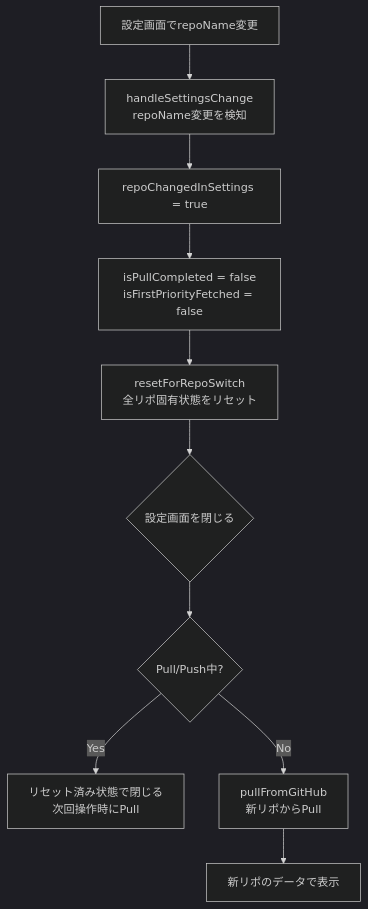
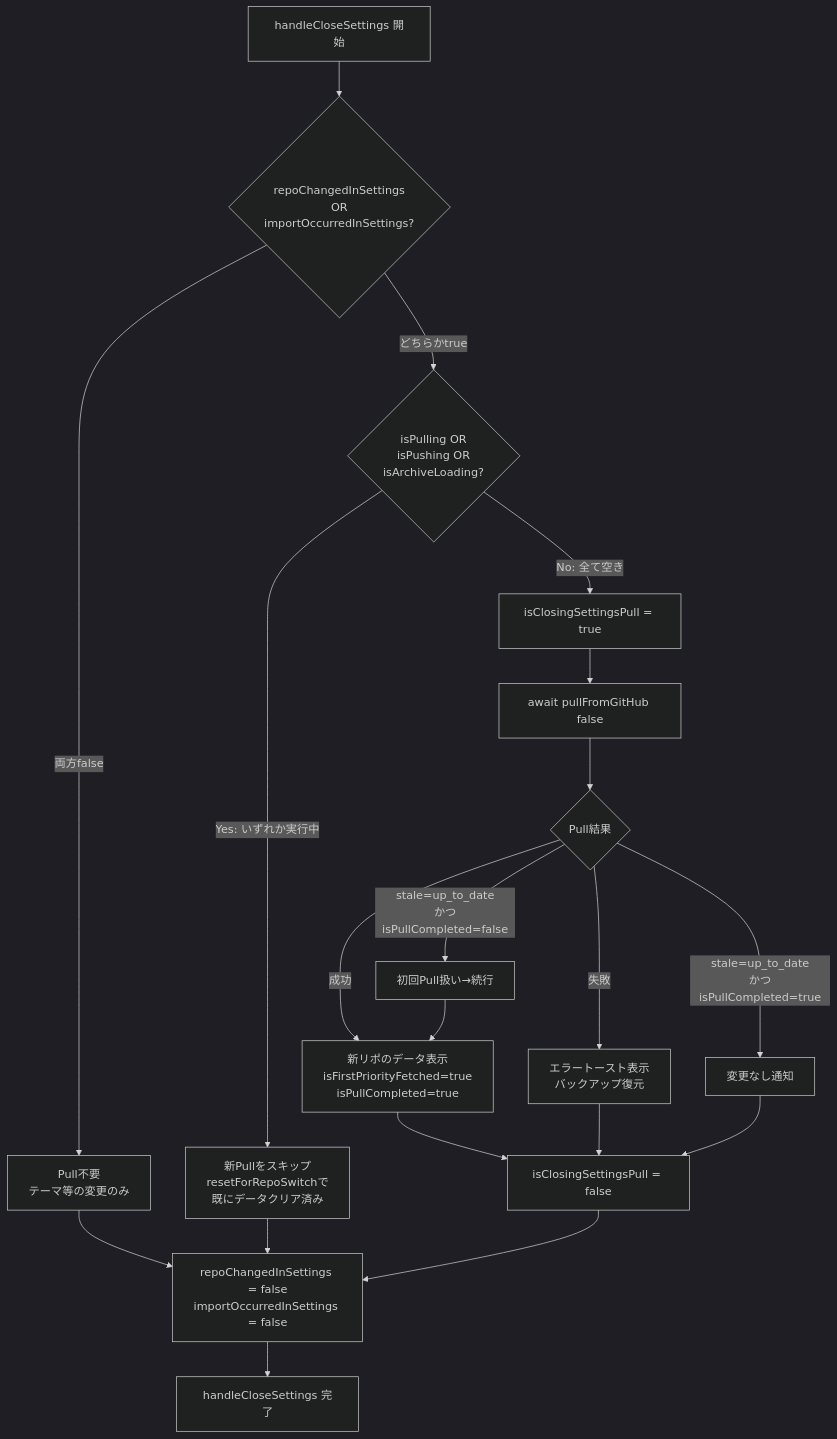
Before and after one commit to kako-jun/agasteer: the fifth of 6 diagrams in docs/development/sync/push-pull.md, drawn with Mermaid (dark theme). The commit also changed other lines of this file, not shown here.

First line of the commit message:
docs: リポ切替の詳細設計ドキュメントを7図で完全文書化

````diff
--- a/docs/development/sync/push-pull.md
+++ b/docs/development/sync/push-pull.md
@@ -465,12 +755,29 @@
 ```mermaid
 flowchart TD
-    Start[設定画面でrepoName変更] --> Detect[handleSettingsChange<br/>repoName変更を検知]
-    Detect --> Flag[repoChangedInSettings = true]
-    Flag --> Lock[isPullCompleted = false<br/>isFirstPriorityFetched = false]
-    Lock --> Reset[resetForRepoSwitch<br/>全リポ固有状態をリセット]
-    Reset --> Close{設定画面を閉じる}
-    Close --> Check{Pull/Push中?}
-    Check -->|Yes| Done1[リセット済み状態で閉じる<br/>次回操作時にPull]
-    Check -->|No| Pull[pullFromGitHub<br/>新リポからPull]
-    Pull --> Done2[新リポのデータで表示]
+    Start[handleCloseSettings 開始] --> CheckFlags{repoChangedInSettings<br/>OR<br/>importOccurredInSettings?}
+
+    CheckFlags -->|両方false| SkipPull[Pull不要<br/>テーマ等の変更のみ]
+    SkipPull --> ClearFlags
+
+    CheckFlags -->|どちらかtrue| CheckSync{isPulling OR<br/>isPushing OR<br/>isArchiveLoading?}
+
+    CheckSync -->|Yes: いずれか実行中| SkipSafe[新Pullをスキップ<br/>resetForRepoSwitchで<br/>既にデータクリア済み]
+    SkipSafe --> ClearFlags
+
+    CheckSync -->|No: 全て空き| SetClosing[isClosingSettingsPull = true]
+    SetClosing --> Pull[await pullFromGitHub false]
+
+    Pull --> PullResult{Pull結果}
+    PullResult -->|成功| NewData[新リポのデータ表示<br/>isFirstPriorityFetched=true<br/>isPullCompleted=true]
+    PullResult -->|失敗| ErrorHandle[エラートースト表示<br/>バックアップ復元]
+    PullResult -->|stale=up_to_date<br/>かつisPullCompleted=true| NoChange[変更なし通知]
+    PullResult -->|stale=up_to_date<br/>かつisPullCompleted=false| Continue[初回Pull扱い→続行]
+    Continue --> NewData
+
+    NewData --> ResetClosing[isClosingSettingsPull = false]
+    ErrorHandle --> ResetClosing
+    NoChange --> ResetClosing
+
+    ResetClosing --> ClearFlags[repoChangedInSettings = false<br/>importOccurredInSettings = false]
+    ClearFlags --> End[handleCloseSettings 完了]
 ```
````
